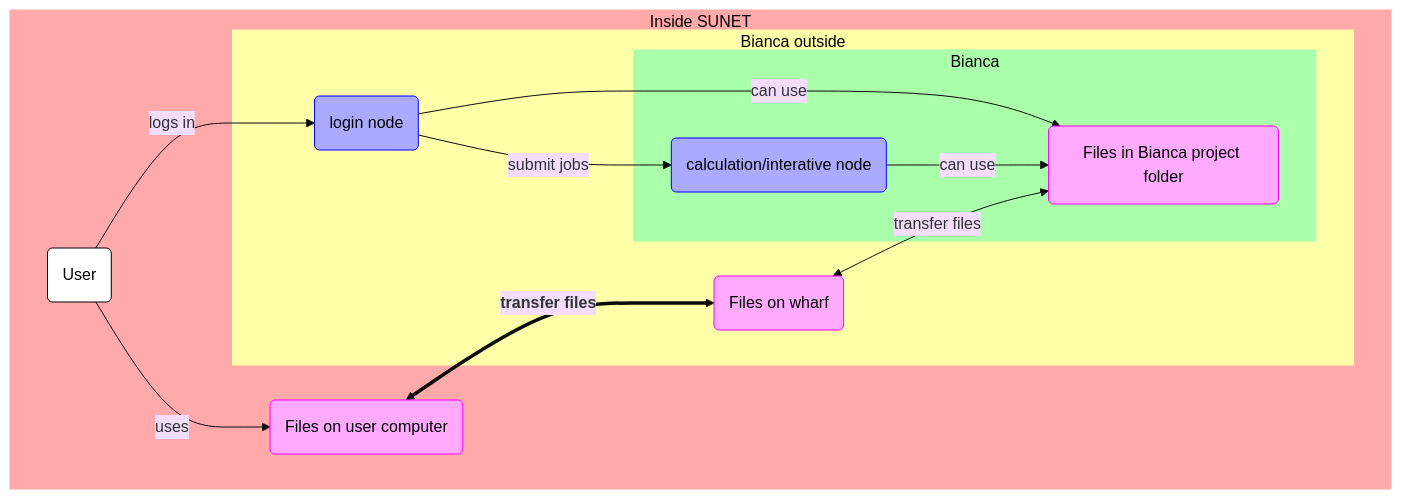
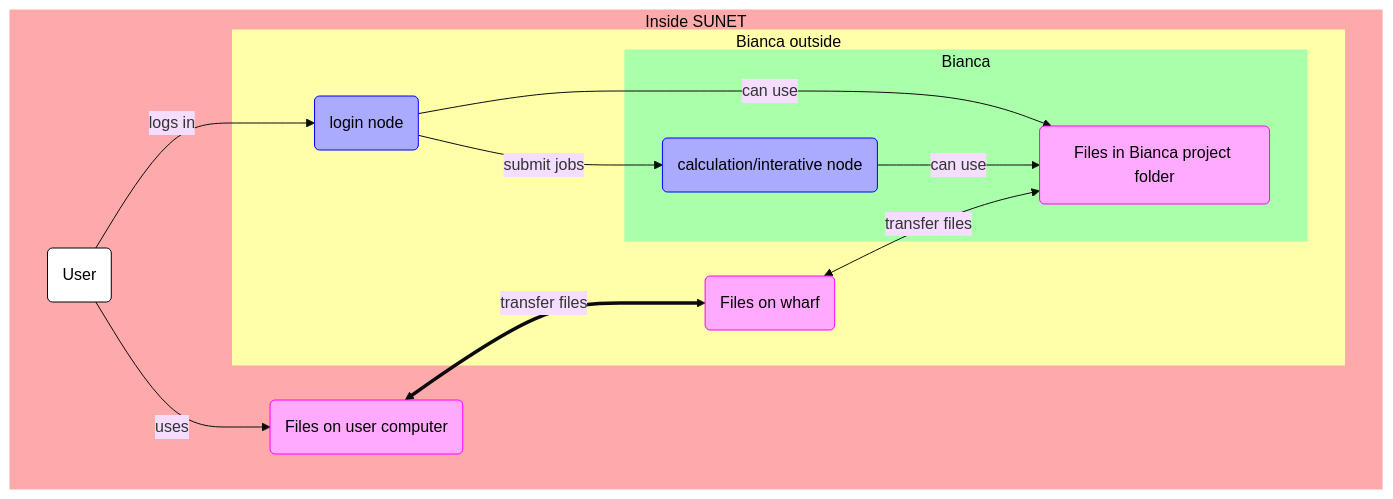
Before and after one commit to UPPMAX/bianca_workshop: the first of 3 diagrams in docs/file_transfer_using_gui.md, drawn with Mermaid (base theme). The commit also changed other lines of this file, not shown here.

````diff
--- a/docs/file_transfer_using_gui.md
+++ b/docs/file_transfer_using_gui.md
@@ -29,34 +29,38 @@
 ```mermaid
 flowchart TD
 
     %% Give a white background to all nodes, instead of a transparent one
     classDef node fill:#fff,color:#000,stroke:#000
 
     %% Graph nodes for files and calculations
     classDef file_node fill:#faf,color:#000,stroke:#f0f
     classDef calculation_node fill:#aaf,color:#000,stroke:#00f
 
     subgraph sunet[Inside SUNET]
       subgraph bianca_outside[Bianca outside]
         login_node(login node):::calculation_node
         files_on_wharf(Files on wharf):::file_node
         subgraph bianca_inside[Bianca]
           calculation_node(calculation/interative node):::calculation_node
           files_in_bianca_project(Files in Bianca project folder):::file_node
         end
       end
       user(User)
       user_local_files(Files on user computer):::file_node
     end
     style bianca_inside fill:#afa,color:#000,stroke:#afa
     style bianca_outside fill:#ffa,color:#000,stroke:#ffa
     style sunet fill:#faa,color:#000,stroke:#faa
 
     user --> |logs in |login_node
     user --> |uses| user_local_files
-    user_local_files <== "`**transfer files**`" ==> files_on_wharf
+
+    %% As of 2023-12-22, using `**text**` for bold face, does not render correctly
+    %% user_local_files <== "`**transfer files**`" ==> files_on_wharf
+    user_local_files <== "transfer files" ==> files_on_wharf
+
     login_node --> |submit jobs|calculation_node
     login_node --> |can use|files_in_bianca_project
     calculation_node --> |can use|files_in_bianca_project
     files_on_wharf <--> |transfer files| files_in_bianca_project
 ```
````
